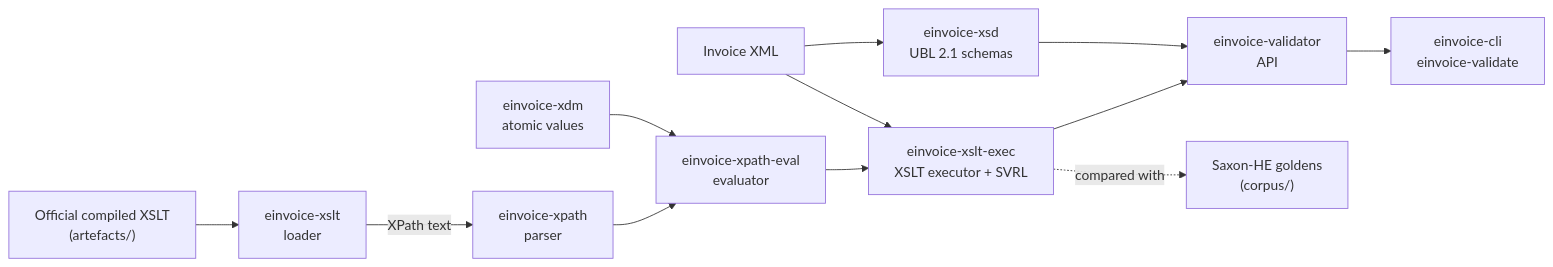
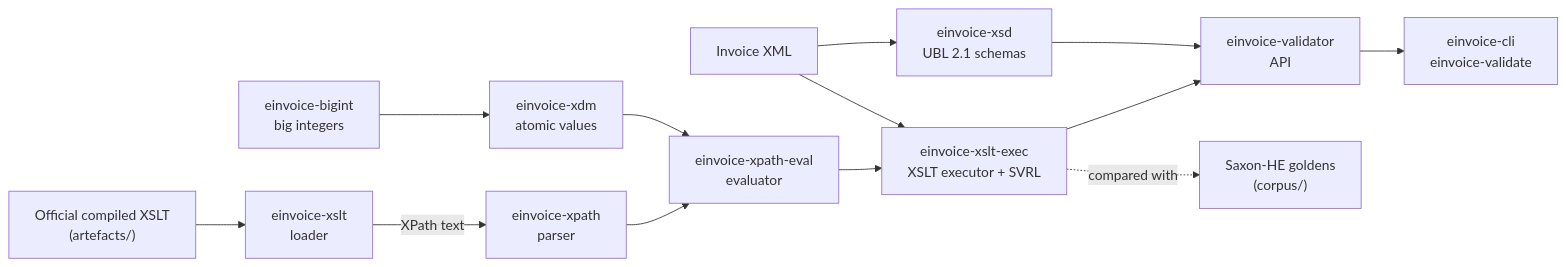
The diagram in README.md (einvoice-validator/einvoice-validator), drawn with Mermaid before and after one commit. The commit also changed other lines of this file and 20 other files, not shown here.

````diff
--- a/README.md
+++ b/README.md
@@ -240,14 +240,15 @@
 ```mermaid
 flowchart LR
     xslt["Official compiled XSLT<br/>(artefacts/)"] --> loader["einvoice-xslt<br/>loader"]
     loader -->|XPath text| parser["einvoice-xpath<br/>parser"]
     parser --> eval["einvoice-xpath-eval<br/>evaluator"]
+    bigint["einvoice-bigint<br/>big integers"] --> xdm
     xdm["einvoice-xdm<br/>atomic values"] --> eval
     eval --> exec["einvoice-xslt-exec<br/>XSLT executor + SVRL"]
     invoice["Invoice XML"] --> exec
     exec --> api["einvoice-validator<br/>API"]
     invoice --> xsd["einvoice-xsd<br/>UBL 2.1 schemas"]
     xsd --> api
     api --> cli["einvoice-cli<br/>einvoice-validate"]
     exec -.->|compared with| golden["Saxon-HE goldens<br/>(corpus/)"]
 ```
````
